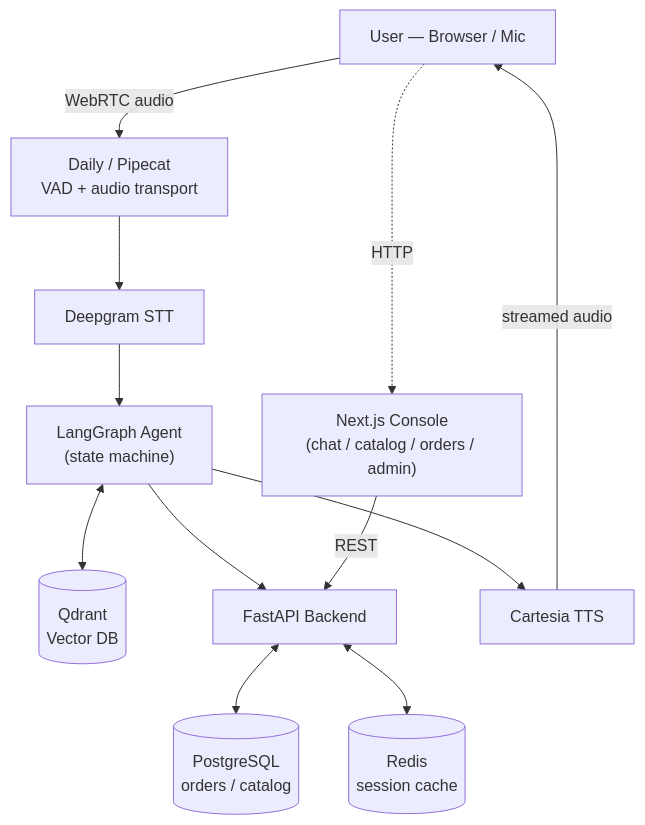
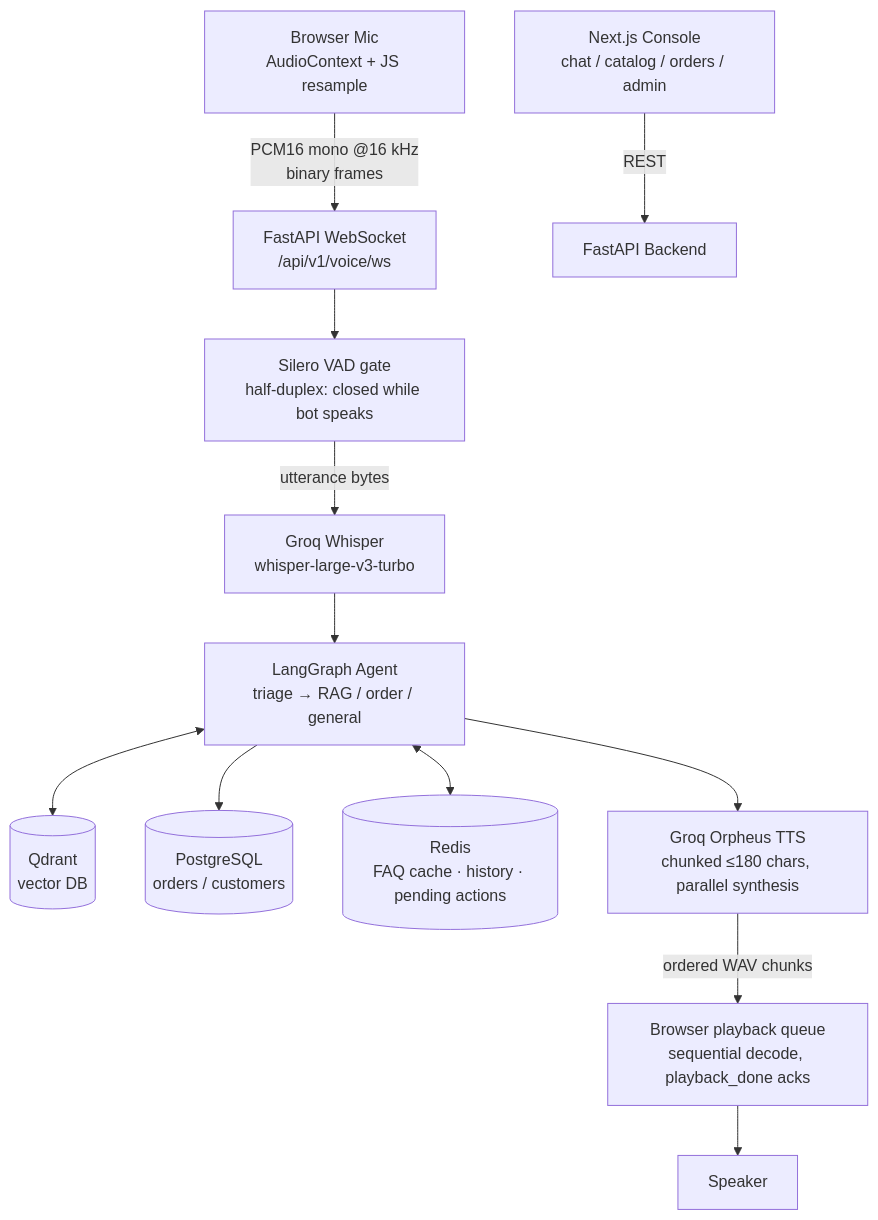
Before and after one commit to NoumanZahid-85/voicesell-ai: the diagram in README.md, drawn with Mermaid. The commit also changed other lines of this file and 16 other files, not shown here.

First line of the commit message:
feat(auth): per-user order isolation via Supabase email/password login + guest mode

````diff
--- a/README.md
+++ b/README.md
@@ -29,15 +32,15 @@
 ```mermaid
 flowchart TD
-    U["User — Browser / Mic"] -->|WebRTC audio| DAILY["Daily / Pipecat<br/>VAD + audio transport"]
-    DAILY --> STT["Deepgram STT"]
-    STT --> AGENT["LangGraph Agent<br/>(state machine)"]
-    AGENT <--> VDB[("Qdrant<br/>Vector DB")]
-    AGENT --> API["FastAPI Backend"]
-    API <--> PG[("PostgreSQL<br/>orders / catalog")]
-    API <--> REDIS[("Redis<br/>session cache")]
-    AGENT --> TTS["Cartesia TTS"]
-    TTS -->|streamed audio| U
+    MIC["Browser Mic<br/>AudioContext + JS resample"] -->|"PCM16 mono @16 kHz<br/>binary frames"| WS["FastAPI WebSocket<br/>/api/v1/voice/ws"]
+    WS --> GATE["Silero VAD gate<br/>half-duplex: closed while bot speaks"]
+    GATE -->|utterance bytes| STT["Groq Whisper<br/>whisper-large-v3-turbo"]
+    STT --> AGENT["LangGraph Agent<br/>triage → RAG / order / general"]
+    AGENT <--> VDB[("Qdrant<br/>vector DB")]
+    AGENT --> PG[("PostgreSQL<br/>orders / customers")]
+    AGENT <--> REDIS[("Redis<br/>FAQ cache · history · pending actions")]
+    AGENT --> TTS["Groq Orpheus TTS<br/>chunked ≤180 chars, parallel synthesis"]
+    TTS -->|"ordered WAV chunks"| Q["Browser playback queue<br/>sequential decode, playback_done acks"]
+    Q --> SPK["Speaker"]
 
-    FE["Next.js Console<br/>(chat / catalog / orders / admin)"] -->|REST| API
-    U -.->|HTTP| FE
+    FE["Next.js Console<br/>chat / catalog / orders / admin"] -->|REST| API["FastAPI Backend"]
 ```
````
